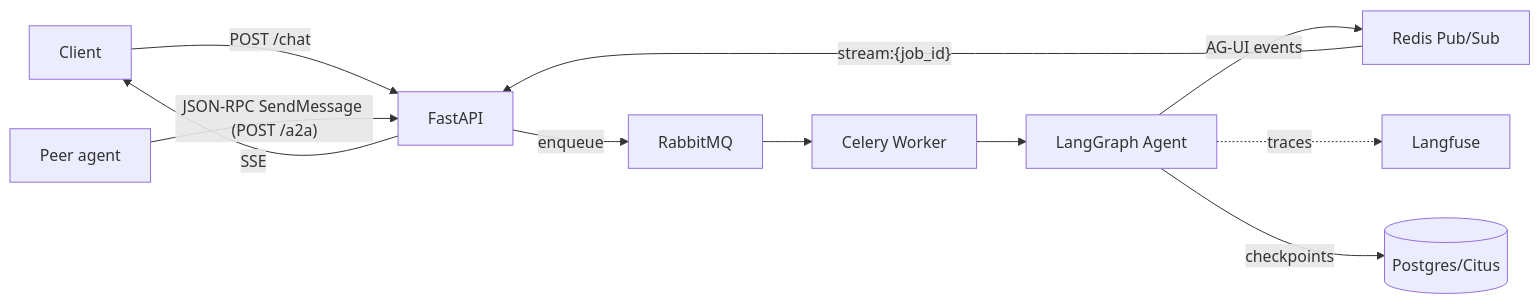
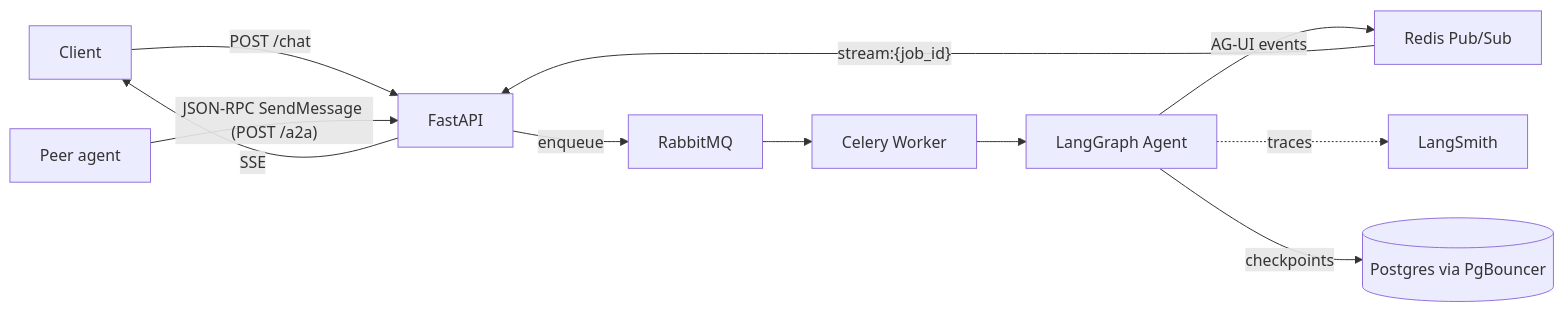
One commit to tituslhy/fictional-bassoon changed the first of 2 diagrams in backend/README.md. Above: the diagram before and after it, drawn with Mermaid. The commit also changed other lines of this file and 44 other files, not shown here.

````diff
--- a/backend/README.md
+++ b/backend/README.md
@@ -18,12 +18,12 @@
 ```mermaid
 flowchart LR
     C[Client] -->|POST /chat| F[FastAPI]
     P[Peer agent] -->|"JSON-RPC SendMessage (POST /a2a)"| F
     F -->|enqueue| Q[RabbitMQ] --> W[Celery Worker]
     W --> A[LangGraph Agent]
     A -->|AG-UI events| R[Redis Pub/Sub]
     R -->|"stream:{job_id}"| F
     F -->|SSE| C
-    A -.->|traces| L[Langfuse]
-    A -->|checkpoints| D[(Postgres/Citus)]
+    A -.->|traces| L[LangSmith]
+    A -->|checkpoints| D[(Postgres via PgBouncer)]
 ```
````
